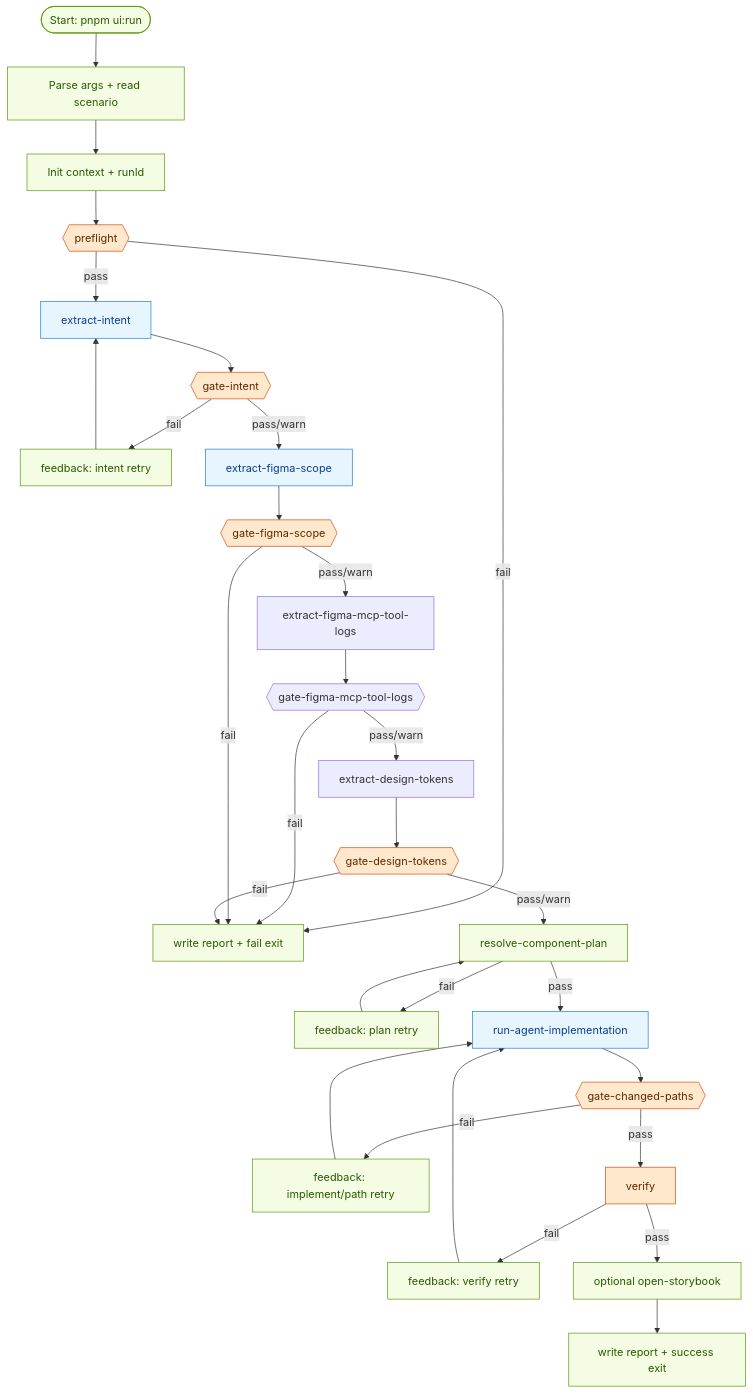
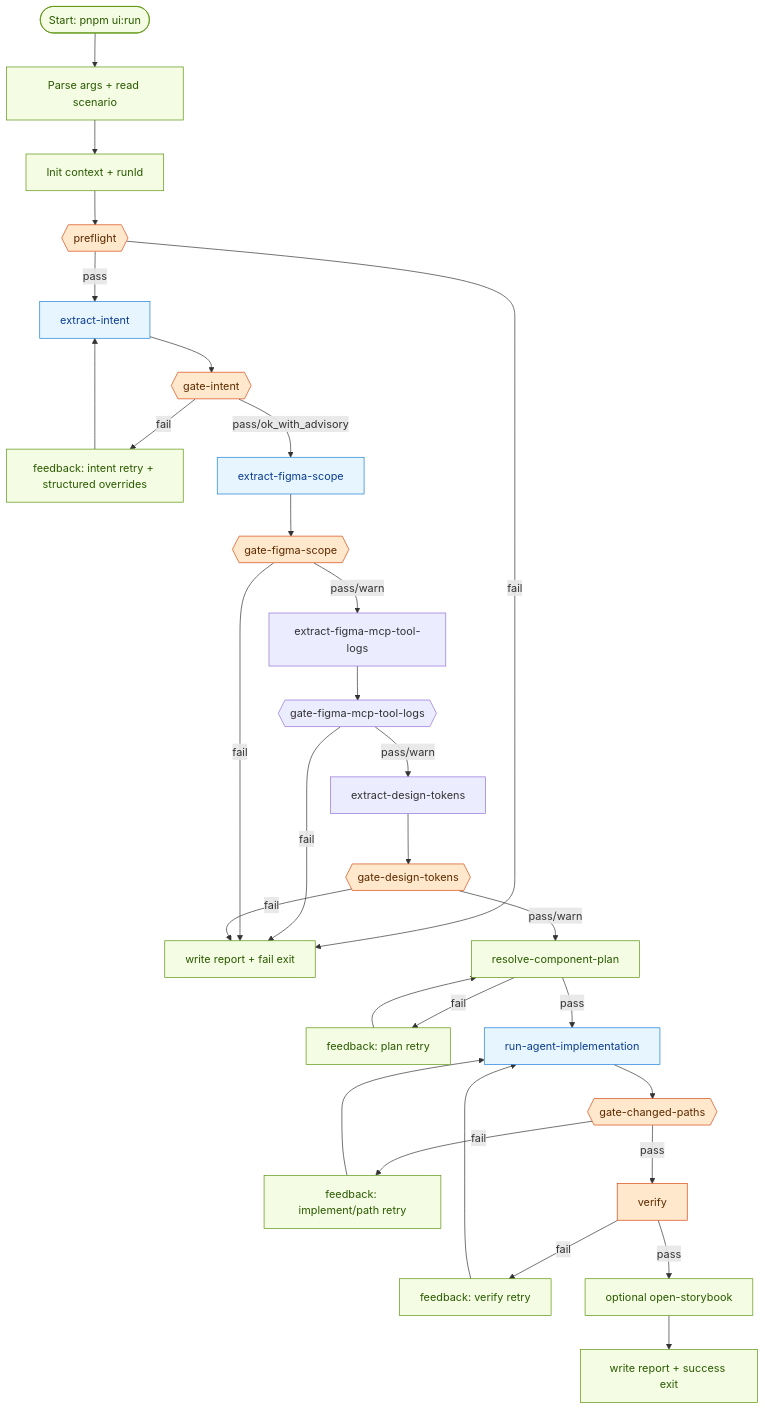
The first of 4 diagrams in orchestration/ui-components/README.md (TEAM-HOUME/HOUME-CLIENT), drawn with Mermaid before and after one commit. The commit also changed other lines of this file, not shown here.

````diff
--- a/orchestration/ui-components/README.md
+++ b/orchestration/ui-components/README.md
@@ -75,45 +86,45 @@
 ```mermaid
 flowchart TD
   A([Start: pnpm ui:run]) --> B[Parse args + read scenario]
   B --> C[Init context + runId]
   C --> D{{preflight}}
 
   D -- fail --> Z1[write report + fail exit]
   D -- pass --> DI[extract-intent]
   DI --> DG{{gate-intent}}
-  DG -- fail --> DR[feedback: intent retry]
+  DG -- fail --> DR[feedback: intent retry + structured overrides]
   DR --> DI
-  DG -- pass/warn --> E[extract-figma-scope]
+  DG -- pass/ok_with_advisory --> E[extract-figma-scope]
 
   E --> F{{gate-figma-scope}}
   F -- pass/warn --> G0[extract-figma-mcp-tool-logs]
   G0 --> G1{{gate-figma-mcp-tool-logs}}
   G1 -- pass/warn --> G[extract-design-tokens]
   G1 -- fail --> Z1
   F -- fail --> Z1
 
   G --> H{{gate-design-tokens}}
   H -- fail --> Z1
   H -- pass/warn --> I[resolve-component-plan]
 
   I -- fail --> IR[feedback: plan retry]
   IR --> I
   I -- pass --> K[run-agent-implementation]
 
   K --> L{{gate-changed-paths}}
   L -- fail --> KR[feedback: implement/path retry]
   KR --> K
   L -- pass --> O[verify]
 
   O -- fail --> VR[feedback: verify retry]
   VR --> K
   O -- pass --> P[optional open-storybook]
   P --> Q[write report + success exit]
 
   classDef gate fill:#ffe8cc,stroke:#d9480f,color:#5c2b00;
   classDef agent fill:#e7f5ff,stroke:#1c7ed6,color:#0b3d91;
   classDef local fill:#f4fce3,stroke:#5c940d,color:#2b5a00;
   class D,DG,F,H,L,O gate;
   class DI,E,K agent;
   class A,B,C,P,Q,Z1,I,DR,IR,KR,VR local;
 ```
````
